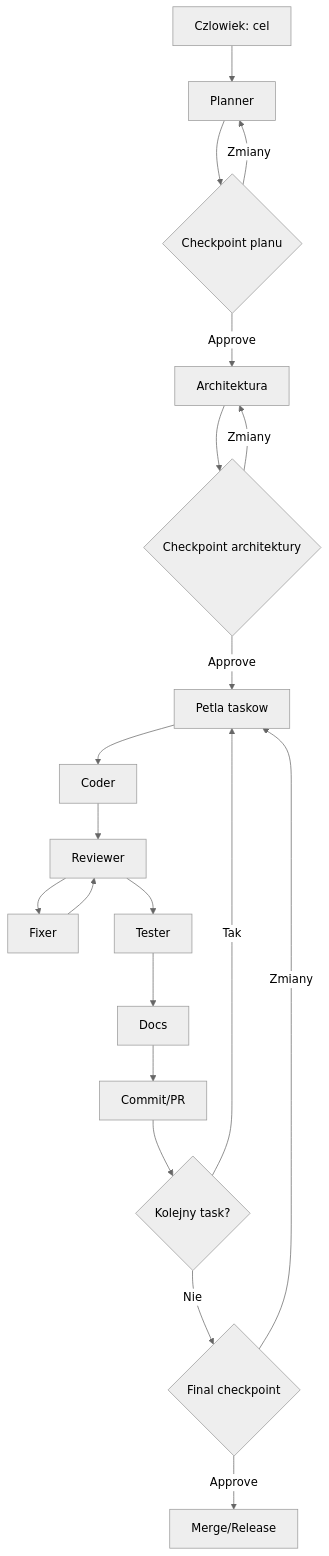
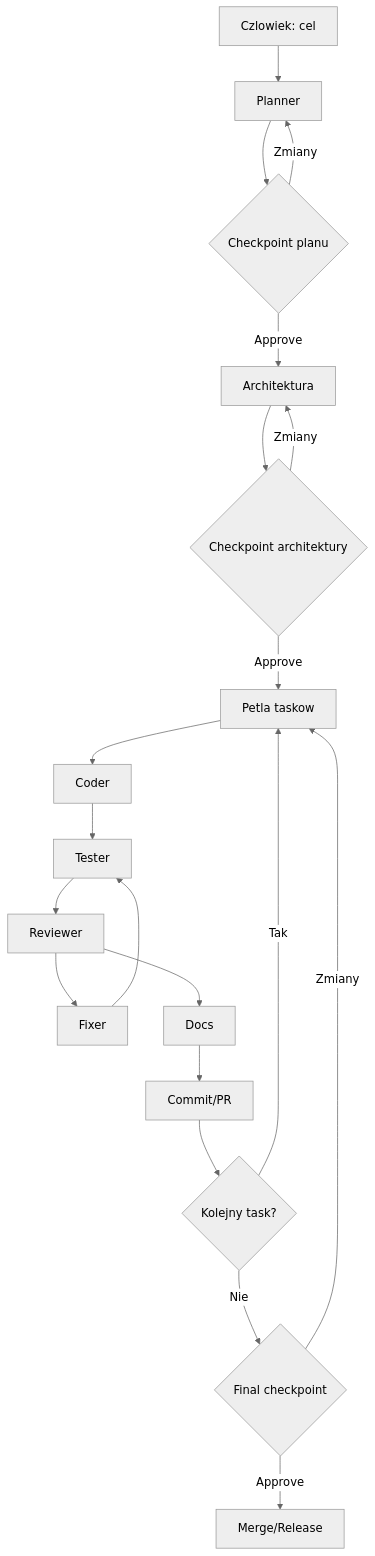
Before and after one commit to oramm/PS-nodeJS: the third of 4 diagrams in factory/CONCEPT-DIAGRAMS.md, drawn with Mermaid (neutral theme). The commit also changed other lines of this file and 12 other files, not shown here.

````diff
--- a/factory/CONCEPT-DIAGRAMS.md
+++ b/factory/CONCEPT-DIAGRAMS.md
@@ -58,24 +61,24 @@
 ```mermaid
 flowchart TD
     H0[Czlowiek: cel] --> P[Planner]
     P --> CP1{Checkpoint planu}
     CP1 -->|Approve| A[Architektura]
     CP1 -->|Zmiany| P
 
     A --> CP2{Checkpoint architektury}
     CP2 -->|Approve| L[Petla taskow]
     CP2 -->|Zmiany| A
 
     L --> C[Coder]
-    C --> R[Reviewer]
+    C --> T[Tester]
+    T --> R[Reviewer]
     R --> F[Fixer]
-    R --> T[Tester]
-    F --> R
-    T --> D[Docs]
+    F --> T
+    R --> D[Docs]
     D --> G[Commit/PR]
     G --> N{Kolejny task?}
     N -->|Tak| L
     N -->|Nie| CP3{Final checkpoint}
     CP3 -->|Approve| END[Merge/Release]
     CP3 -->|Zmiany| L
 ```
````
